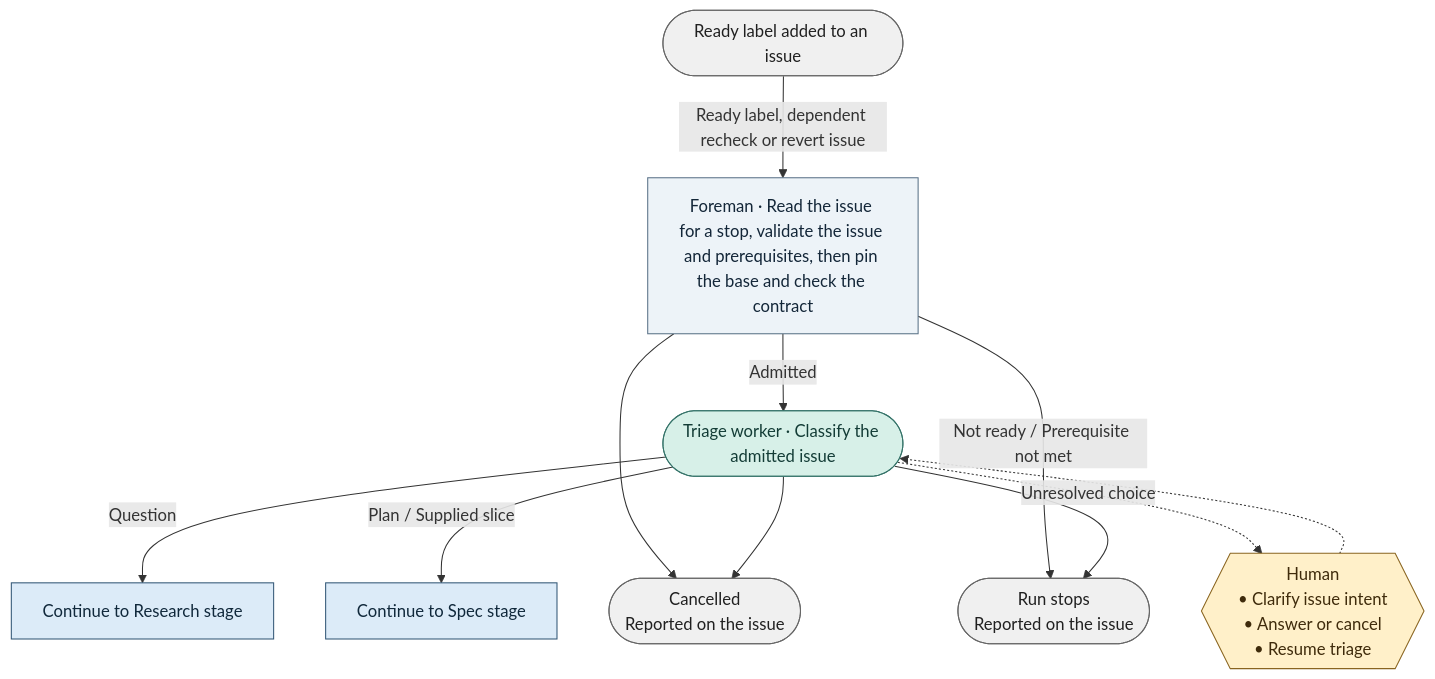
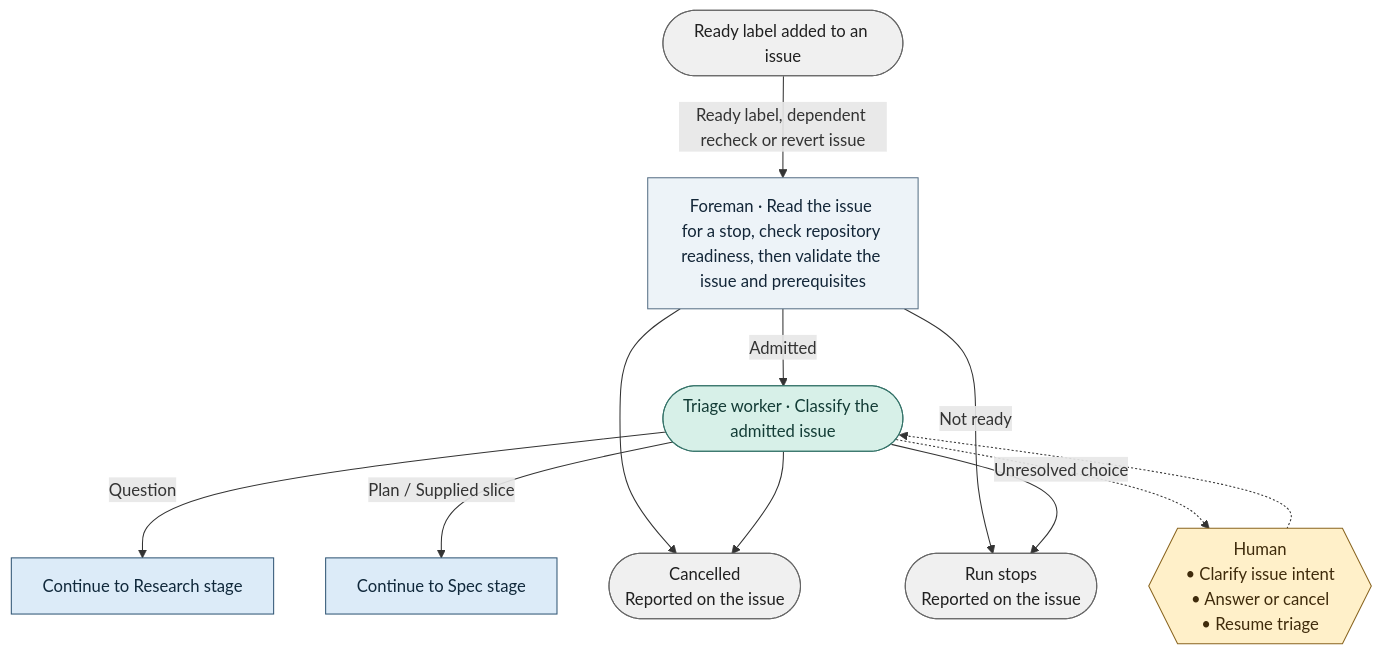
The diagram in docs/graph/blueprint/views/stages/triage.mmd (bookout-labs/tools), drawn with Mermaid before and after one commit. The commit also changed 26 other files, not shown here.

```diff
--- a/docs/graph/blueprint/views/stages/triage.mmd
+++ b/docs/graph/blueprint/views/stages/triage.mmd
@@ -1,24 +1,24 @@
 flowchart TD
     n0(["Ready label added to an issue"]):::terminal
-    n1["Foreman · Read the issue for a stop, validate the issue and prerequisites, then pin the base and check the contract"]:::step
+    n1["Foreman · Read the issue for a stop, check repository readiness, then validate the issue and prerequisites"]:::step
     n2(["Triage worker · Classify the admitted issue"]):::worker
     n3(["Run stops<br/>Reported on the issue"]):::terminal
     n4(["Cancelled<br/>Reported on the issue"]):::terminal
     n5["Continue to Research stage"]:::stage
     n6["Continue to Spec stage"]:::stage
     n7{{"Human<br/>• Clarify issue intent<br/>• Answer or cancel<br/>• Resume triage"}}:::gate
     n0 -->|"Ready label, dependent recheck or revert issue"| n1
     n1 -->|"Admitted"| n2
-    n1 -->|"Not ready / Prerequisite not met"| n3
+    n1 -->|"Not ready"| n3
     n1 --> n4
     n2 -->|"Question"| n5
     n2 -->|"Plan / Supplied slice"| n6
     n2 --> n4
     n2 --> n3
     n2 -.->|"Unresolved choice"| n7
     n7 -.-> n2
     classDef stage fill:#dcebf8,stroke:#315675,color:#10283b
     classDef step fill:#edf3f8,stroke:#597187,color:#132638
     classDef worker fill:#d7f0e8,stroke:#357369,color:#133c36
     classDef gate fill:#fff0c9,stroke:#89641f,color:#3f2b0b
     classDef terminal fill:#f0f0f0,stroke:#666666,color:#202020
```
